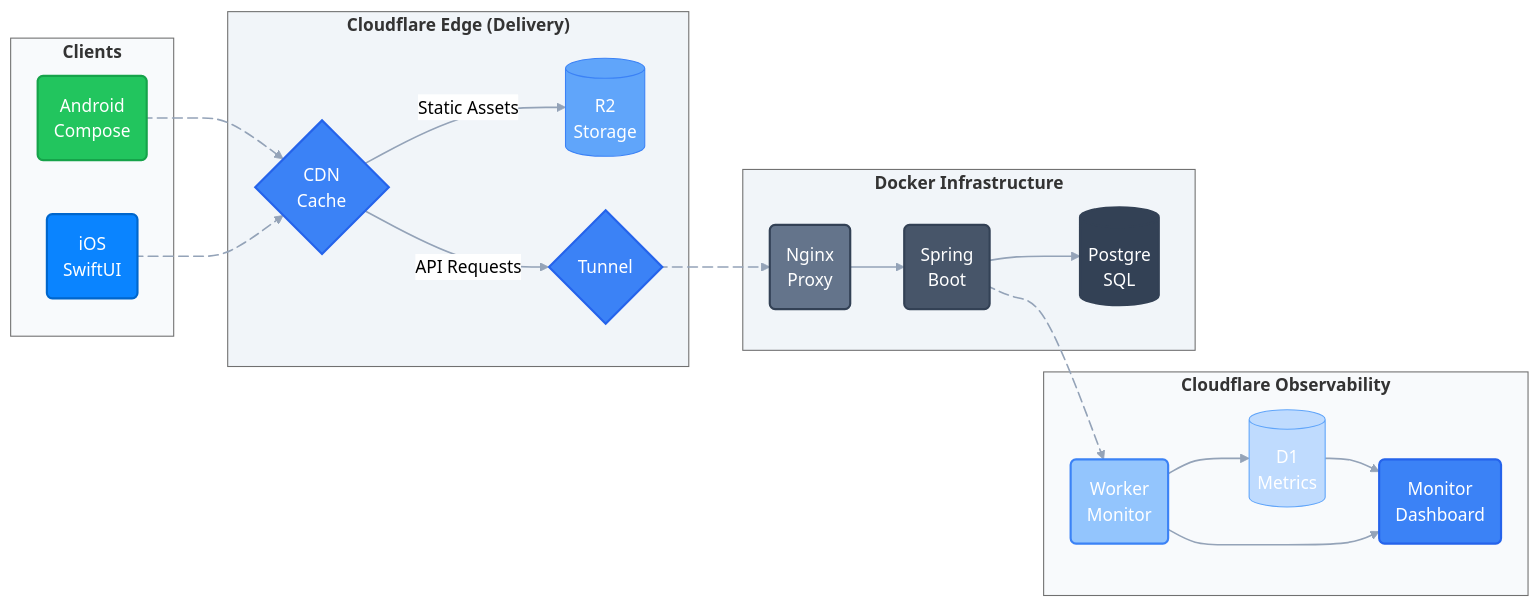
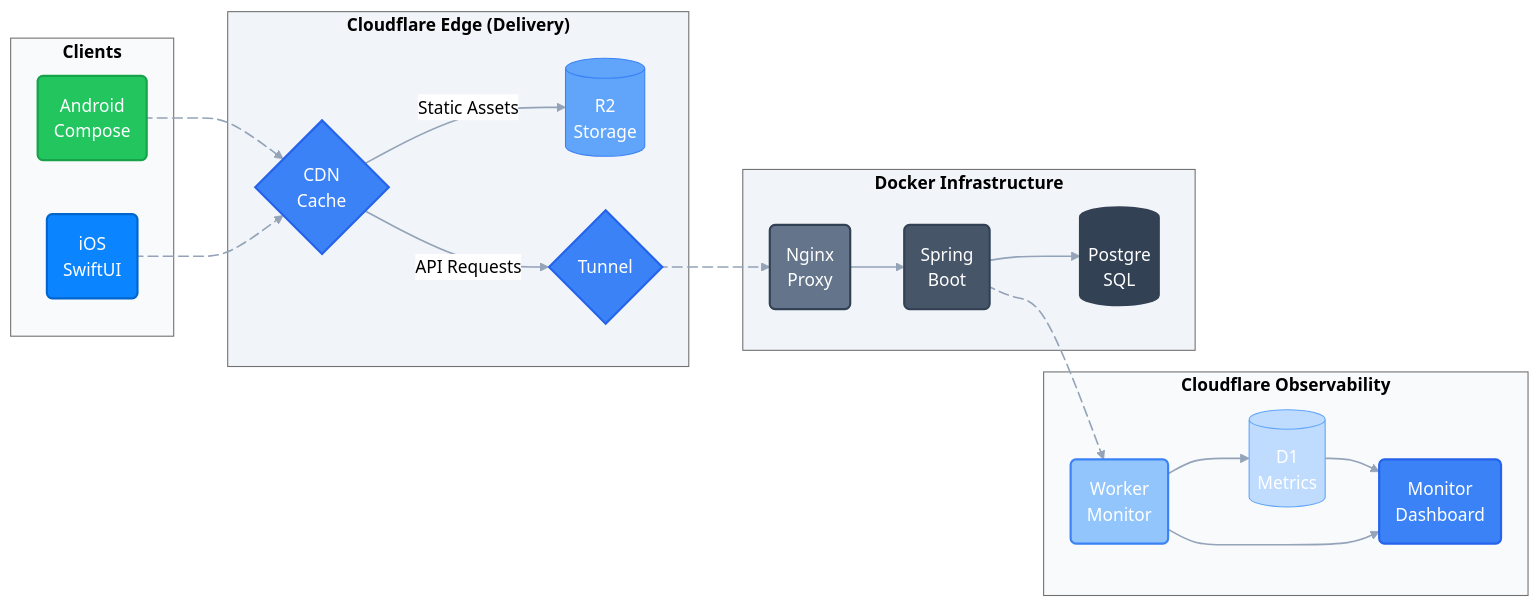
One commit to susui888/susui888 changed the diagram in README.md. Above: the diagram before and after it, drawn with Mermaid (neutral theme). The commit also changed other lines of this file, not shown here.

````diff
--- a/README.md
+++ b/README.md
@@ -16,7 +16,7 @@
 ```mermaid
 flowchart LR
 
-                subgraph Clients ["`**Clients**`"]
+                subgraph Clients ["<span style='color:#000'><b>Clients</b></span>"]
                 A(Android
                 Compose)
                 B(iOS
@@ -24,7 +24,7 @@
                 end
 
 
-                subgraph CF1 ["`**Cloudflare Edge (Delivery)**`"]
+                subgraph CF1 ["<span style='color:#000'><b>Cloudflare Edge (Delivery)</b></span>"]
                 G1{CDN
                 Cache}
                 R2[(R2
@@ -33,7 +33,7 @@
                 end
 
 
-                subgraph CF2 ["`**Cloudflare Observability**`"]
+                subgraph CF2 ["<span style='color:#000'><b>Cloudflare Observability</b></span>"]
                 W(Worker
                 Monitor)
                 D1[(D1
@@ -43,7 +43,7 @@
                 end
 
 
-                subgraph Docker ["`**Docker Infrastructure**`"]
+                subgraph Docker ["<span style='color:#000'><b>Docker Infrastructure</b></span>"]
                 D(Nginx
                 Proxy)
                 E(Spring
````
